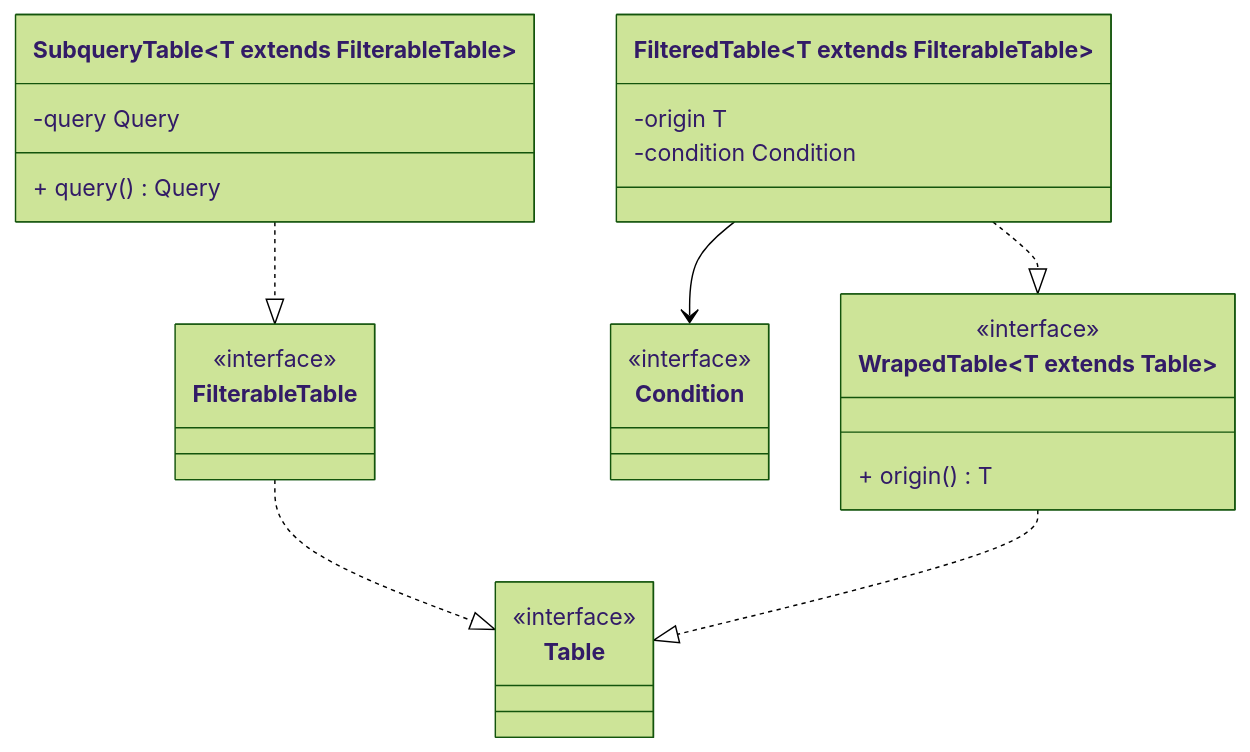
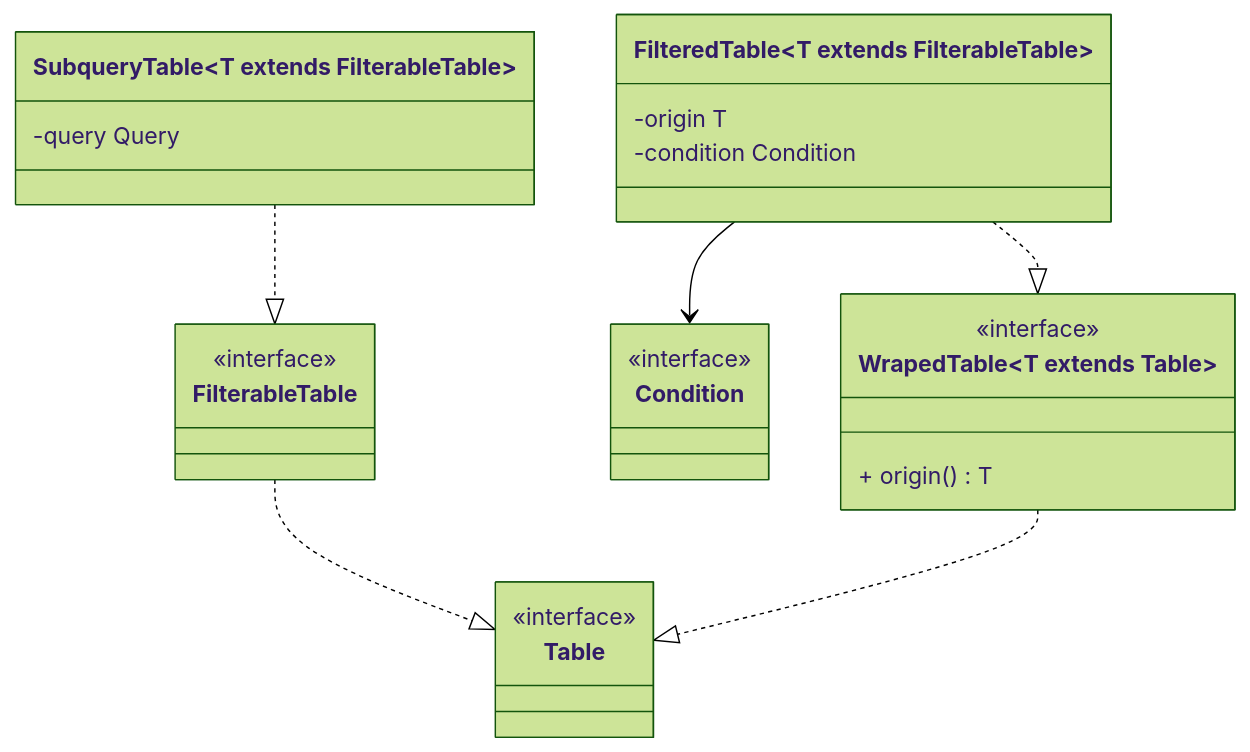
One commit to safarislava/QueryBricks changed the third of 10 diagrams in docs/domain.md. Above: the diagram before and after it, drawn with Mermaid (forest theme). The commit also changed other lines of this file, not shown here.

````diff
--- a/docs/domain.md
+++ b/docs/domain.md
@@ -61,34 +55,33 @@
 ```mermaid
 classDiagram
     class Table {
         <<interface>>
     }
 
     class FilterableTable {
         <<interface>>
     }
     FilterableTable ..|> Table
 
     class Condition {
         <<interface>>
     }
 
     class WrapedTable~T extends Table~ {
         <<interface>>
         + origin() T
     }
     WrapedTable ..|> Table
 
     class FilteredTable~T extends FilterableTable~ {
         -origin T
         -condition Condition
     }
     FilteredTable ..|> WrapedTable~T~
     FilteredTable --> Condition
 
     class SubqueryTable~T extends FilterableTable~ {
         -query Query
-        + query() Query
     }
     SubqueryTable ..|> FilterableTable
 ```
````
